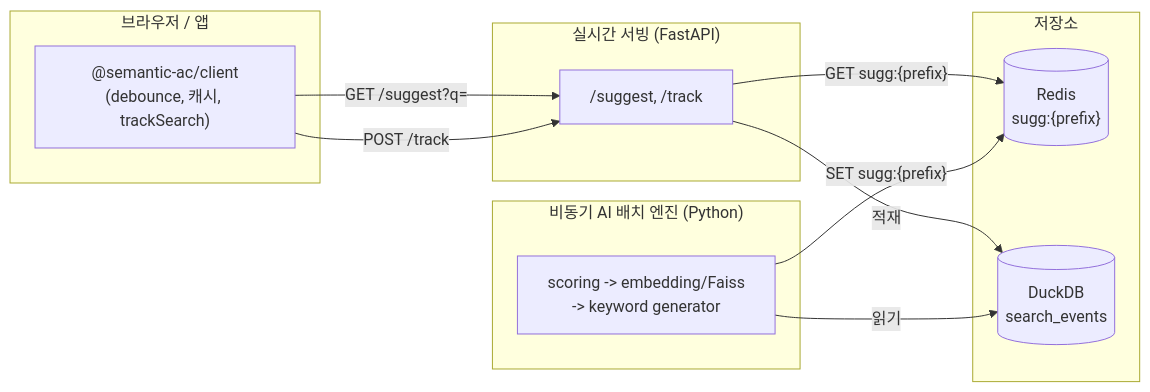
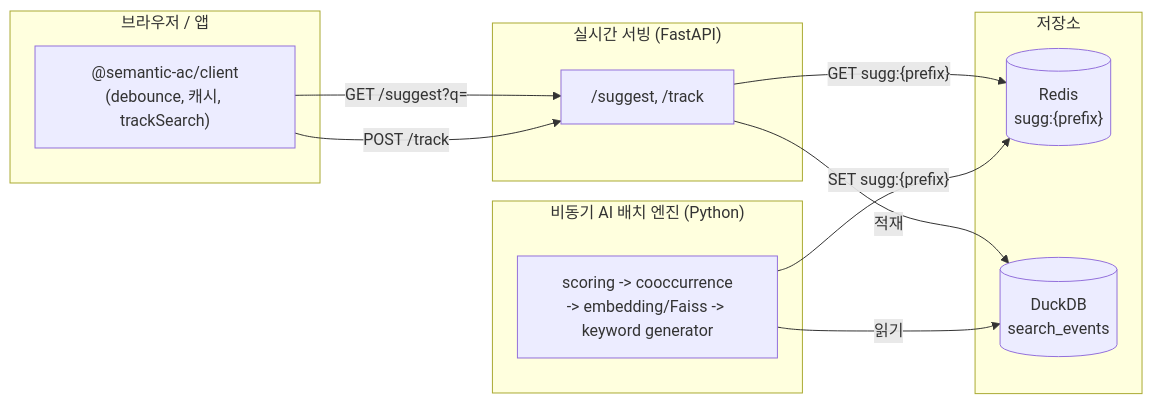
One commit to yogurt-c/semantic-ac changed the diagram in README.md. Above: the diagram before and after it, drawn with Mermaid. The commit also changed other lines of this file and 1 other file, not shown here.

````diff
--- a/README.md
+++ b/README.md
@@ -22,26 +22,26 @@
 ```mermaid
 flowchart LR
     subgraph Client["브라우저 / 앱"]
         SDK["@semantic-ac/client\n(debounce, 캐시, trackSearch)"]
     end
 
     subgraph Serving["실시간 서빙 (FastAPI)"]
         API["/suggest, /track"]
     end
 
     subgraph Storage["저장소"]
         Redis[("Redis\nsugg:{prefix}")]
         DuckDB[("DuckDB\nsearch_events")]
     end
 
     subgraph Batch["비동기 AI 배치 엔진 (Python)"]
-        Runner["scoring -> embedding/Faiss\n-> keyword generator"]
+        Runner["scoring -> cooccurrence\n-> embedding/Faiss -> keyword generator"]
     end
 
     SDK -- "GET /suggest?q=" --> API
     SDK -- "POST /track" --> API
     API -- "GET sugg:{prefix}" --> Redis
     API -- "적재" --> DuckDB
     Runner -- "읽기" --> DuckDB
     Runner -- "SET sugg:{prefix}" --> Redis
 ```
````
